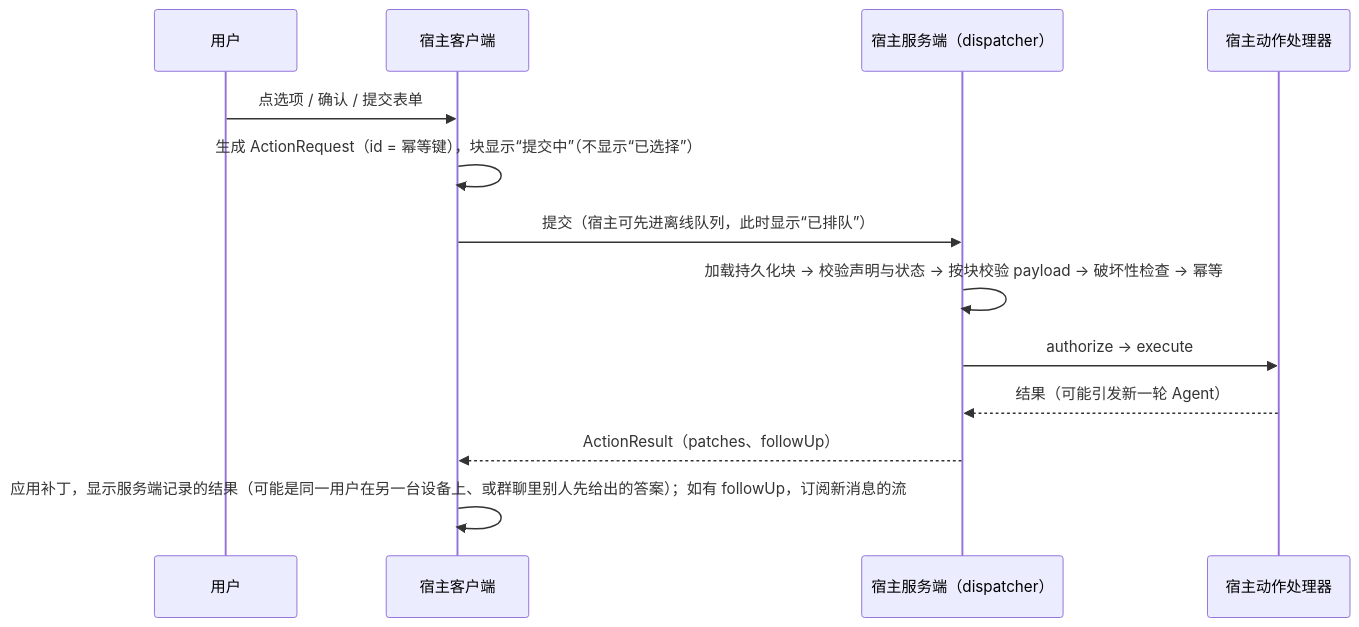
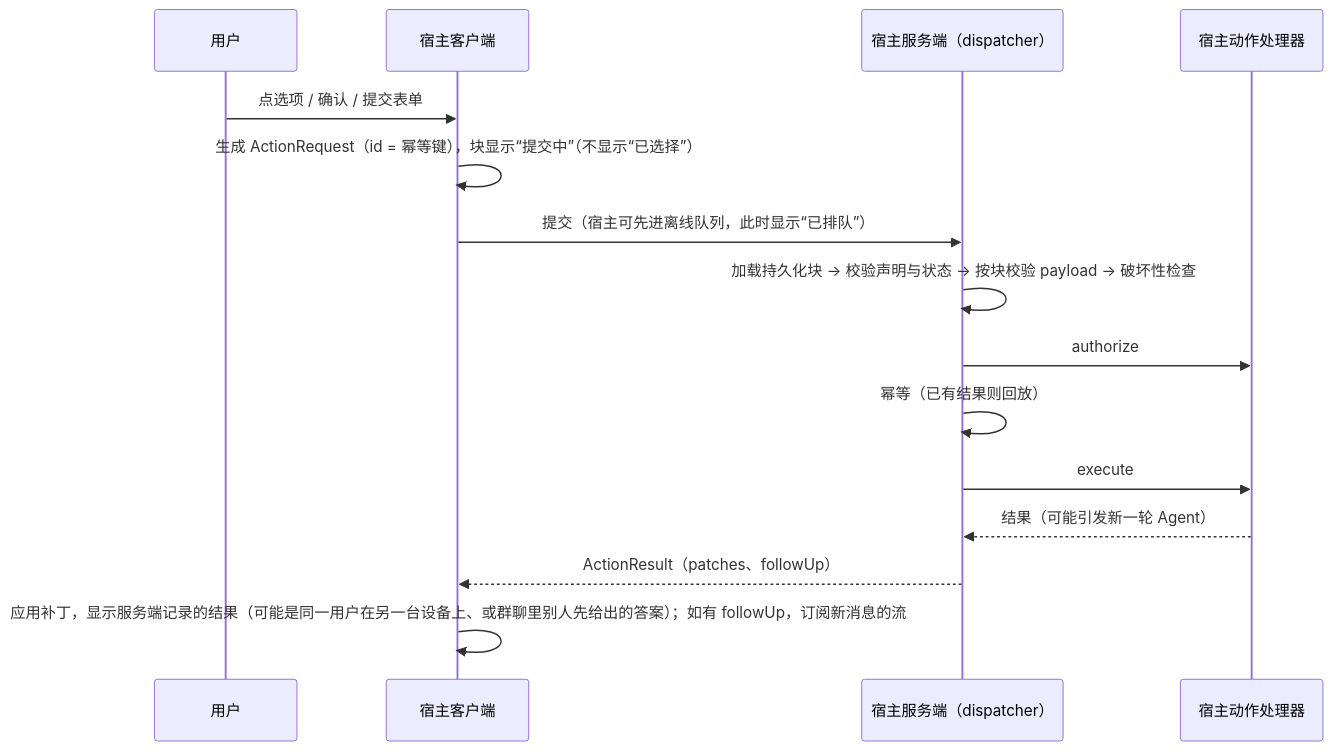
Before and after one commit to zz-howard/chatweave: the third of 4 diagrams in docs/architecture.md, drawn with Mermaid. The commit also changed 3 other files, not shown here.

````diff
--- a/docs/architecture.md
+++ b/docs/architecture.md
@@ -223,15 +223,17 @@
 ```mermaid
 sequenceDiagram
   participant U as 用户
   participant App as 宿主客户端
   participant API as 宿主服务端（dispatcher）
   participant H as 宿主动作处理器
   U->>App: 点选项 / 确认 / 提交表单
   App->>App: 生成 ActionRequest（id = 幂等键），块显示“提交中”（不显示“已选择”）
   App->>API: 提交（宿主可先进离线队列，此时显示“已排队”）
-  API->>API: 加载持久化块 → 校验声明与状态 → 按块校验 payload → 破坏性检查 → 幂等
-  API->>H: authorize → execute
+  API->>API: 加载持久化块 → 校验声明与状态 → 按块校验 payload → 破坏性检查
+  API->>H: authorize
+  API->>API: 幂等（已有结果则回放）
+  API->>H: execute
   H-->>API: 结果（可能引发新一轮 Agent）
   API-->>App: ActionResult（patches、followUp）
   App->>App: 应用补丁，显示服务端记录的结果（可能是同一用户在另一台设备上、或群聊里别人先给出的答案）；如有 followUp，订阅新消息的流
 ```
````
